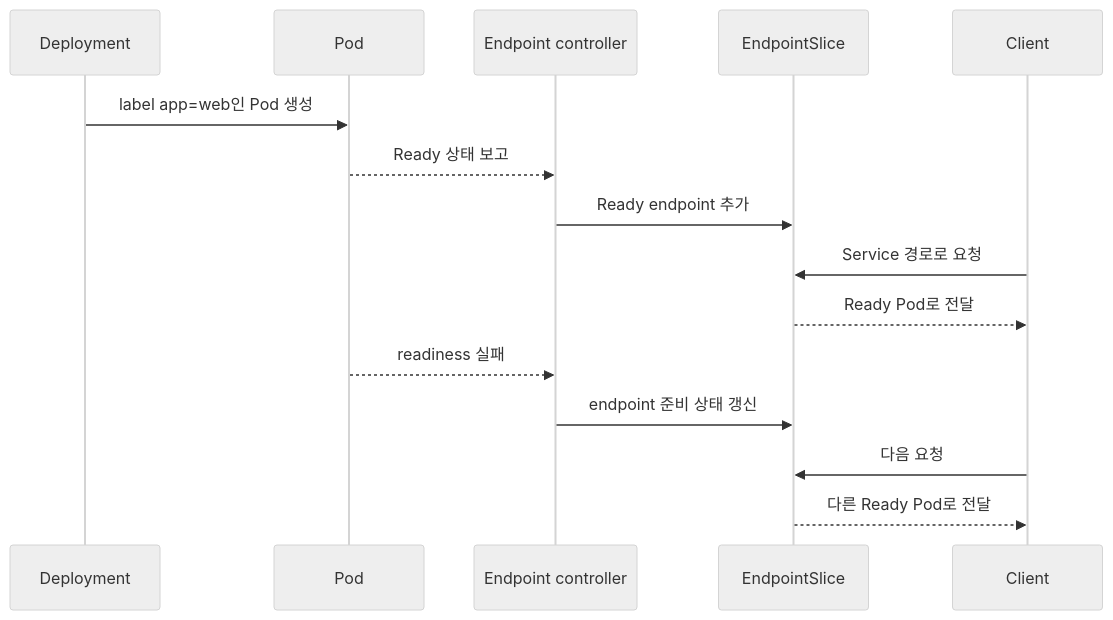
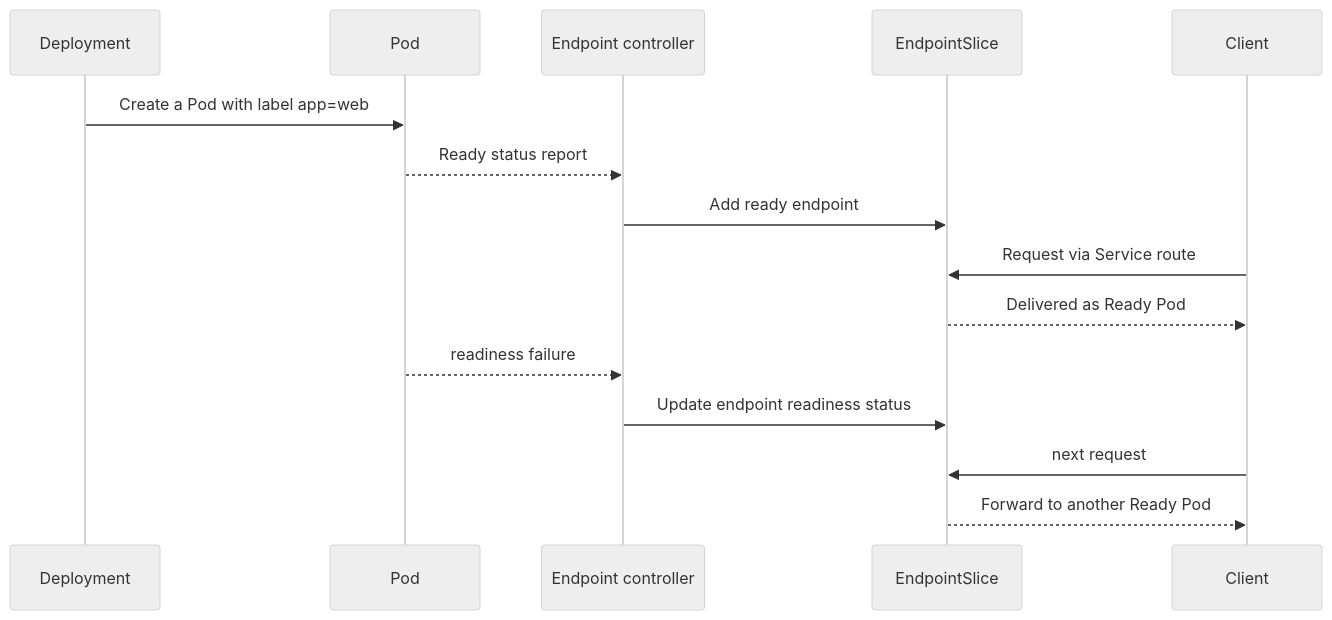
Before and after one commit to nohdol97/nohdol-study: the second of 2 diagrams in docs-site/content/kubernetes/05-services-and-networking.md, drawn with Mermaid (neutral theme). The commit also changed other lines of this file and 116 other files, not shown here.

````diff
--- a/docs-site/content/kubernetes/05-services-and-networking.md
+++ b/docs-site/content/kubernetes/05-services-and-networking.md
@@ -32,17 +32,17 @@
 ```mermaid
 sequenceDiagram
     participant D as Deployment
     participant P as Pod
     participant E as Endpoint controller
     participant S as EndpointSlice
     participant C as Client
-    D->>P: label app=web인 Pod 생성
-    P-->>E: Ready 상태 보고
-    E->>S: Ready endpoint 추가
-    C->>S: Service 경로로 요청
-    S-->>C: Ready Pod로 전달
-    P-->>E: readiness 실패
-    E->>S: endpoint 준비 상태 갱신
-    C->>S: 다음 요청
-    S-->>C: 다른 Ready Pod로 전달
+    D->>P: Create a Pod with label app=web
+    P-->>E: Ready status report
+    E->>S: Add ready endpoint
+    C->>S: Request via Service route
+    S-->>C: Delivered as Ready Pod
+    P-->>E: readiness failure
+    E->>S: Update endpoint readiness status
+    C->>S: next request
+    S-->>C: Forward to another Ready Pod
 ```
````
